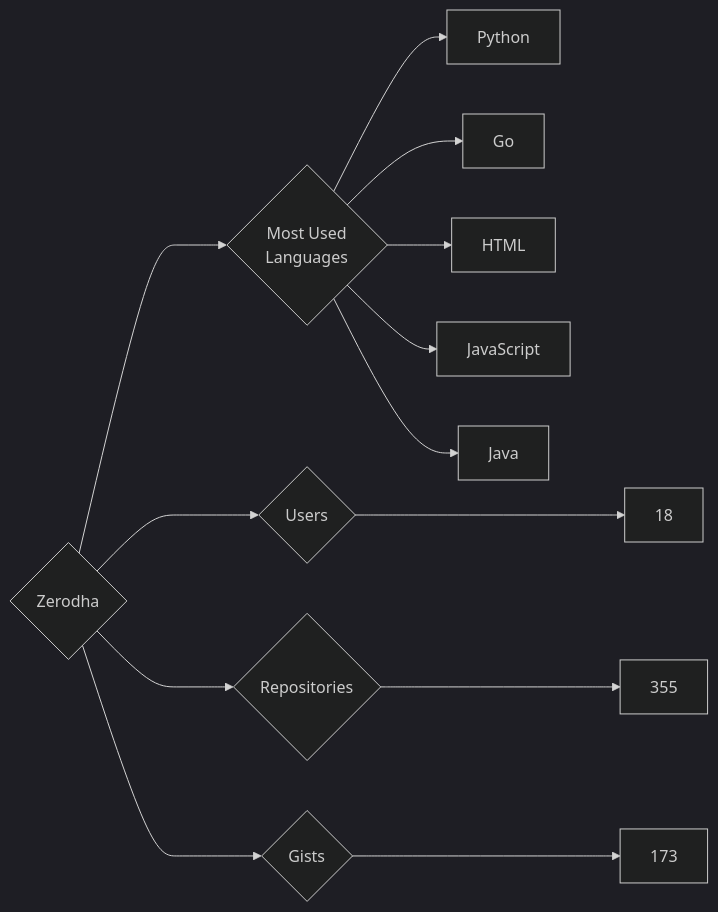
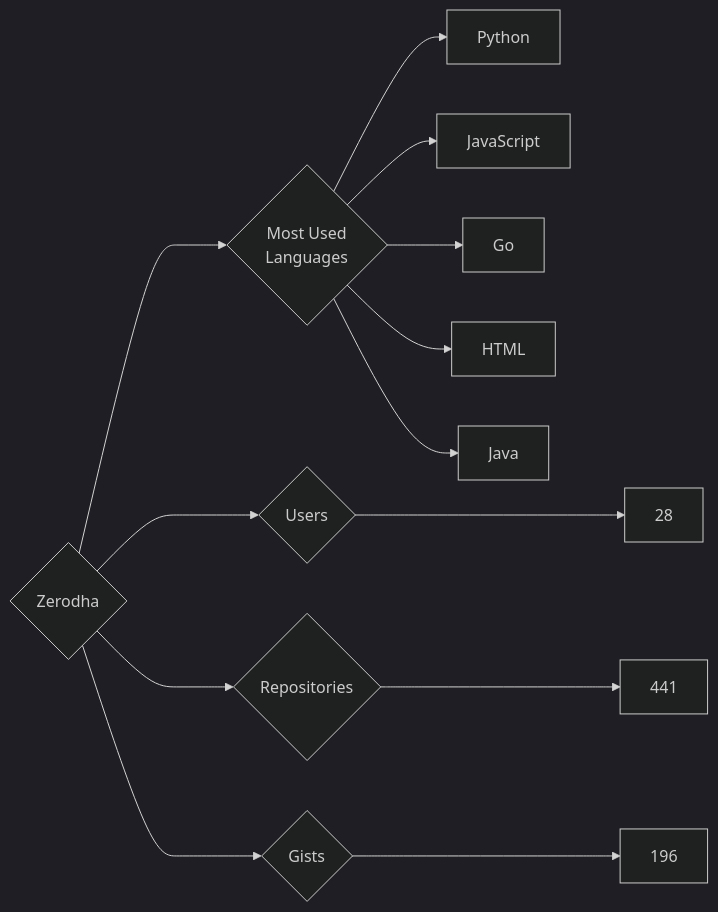
Before and after one commit to trickest/insiders: the diagram in targets/Zerodha/README.md, drawn with Mermaid (dark theme). The commit also changed 953 other files, not shown here.

````diff
--- a/targets/Zerodha/README.md
+++ b/targets/Zerodha/README.md
@@ -3,13 +3,13 @@
 ```mermaid
 graph LR
 COMPANY_NAME{Zerodha}
-COMPANY_NAME ---> U{Users} ---> UN[18]
-COMPANY_NAME ---> R{Repositories} ---> RN[355]
-COMPANY_NAME ---> G{Gists} ---> GN[173]
+COMPANY_NAME ---> U{Users} ---> UN[28]
+COMPANY_NAME ---> R{Repositories} ---> RN[441]
+COMPANY_NAME ---> G{Gists} ---> GN[196]
 COMPANY_NAME ---> ML{Most Used<br>Languages}
 ML --> Python[Python]
+ML --> JavaScript[JavaScript]
 ML --> Go[Go]
 ML --> HTML[HTML]
-ML --> JavaScript[JavaScript]
 ML --> Java[Java]
 ```
````
